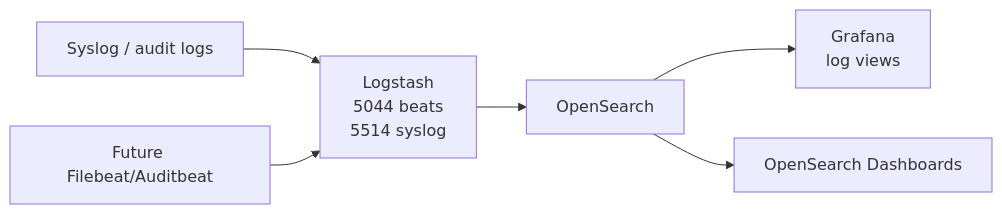
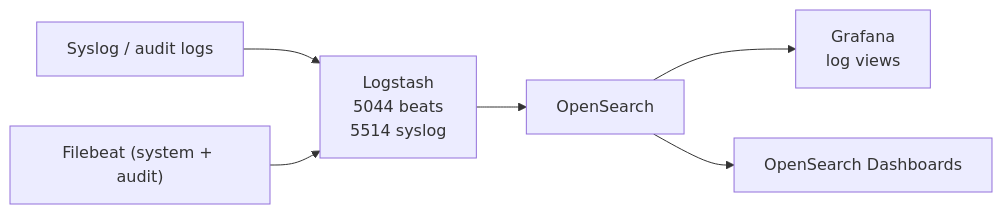
Before and after one commit to larsj96/az-static-web-app-docs: the second of 2 diagrams in docs/monitoring-platform.md, drawn with Mermaid. The commit also changed other lines of this file and 1 other file, not shown here.

````diff
--- a/docs/monitoring-platform.md
+++ b/docs/monitoring-platform.md
@@ -145,8 +206,8 @@
 ```mermaid
 flowchart LR
   syslog["Syslog / audit logs"] --> logstash["Logstash\n5044 beats\n5514 syslog"]
-  beats["Future Filebeat/Auditbeat"] --> logstash
+  beats["Filebeat (system + audit)"] --> logstash
   logstash --> os["OpenSearch"]
   os --> grafana["Grafana\nlog views"]
   os --> dash["OpenSearch Dashboards"]
 ```
````
